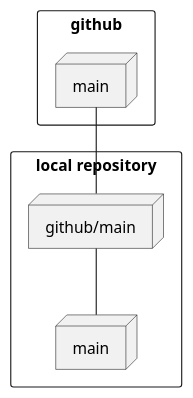
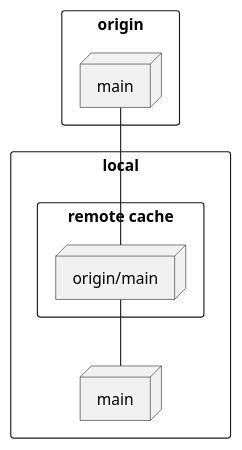
Before and after one commit to pochangl/github_basic: the diagram in uml/1.main.plantuml, drawn with PlantUML. The commit also changed 4 other files, not shown here.

```diff
--- a/uml/1.main.plantuml
+++ b/uml/1.main.plantuml
@@ -1,15 +1,17 @@
 @startuml name
-rectangle github {
+rectangle "origin" {
     node main as github_main
 }
 
-rectangle "local repository" {
-    node "github/main" as gh_main
+rectangle "local" {
+    rectangle "remote cache" {
+        node "origin/main" as gh_main
+    }
     node main
 }
 
 github_main -- gh_main
 gh_main -- main
 
 
 @enduml
```
